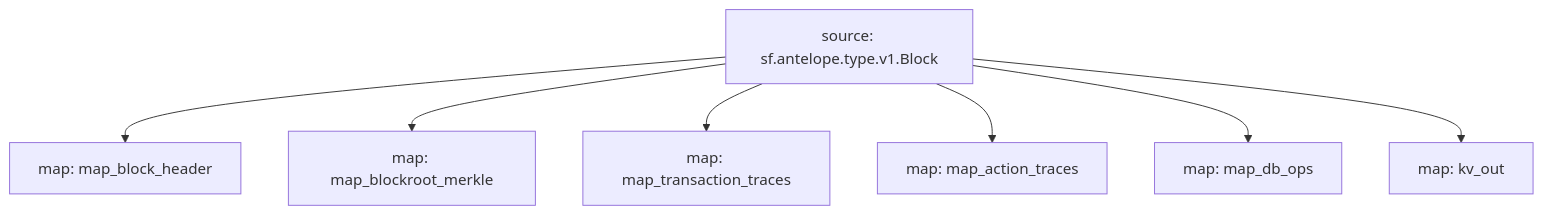
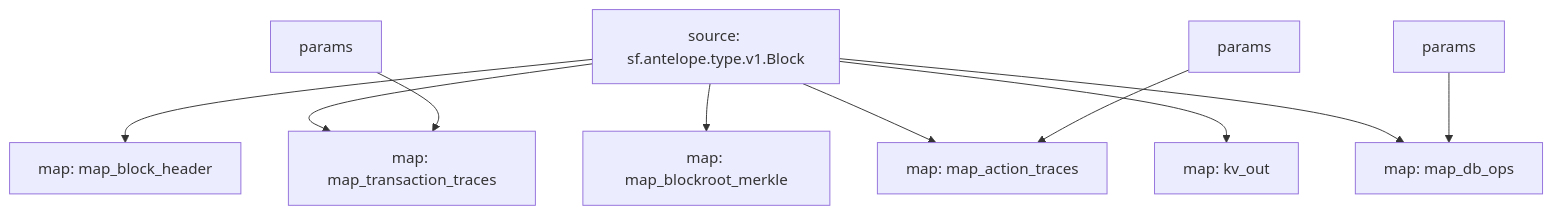
Before and after one commit to pinax-network/substreams: the diagram in common/README.md, drawn with Mermaid. The commit also changed other lines of this file and 6 other files, not shown here.

````diff
--- a/common/README.md
+++ b/common/README.md
@@ -21,15 +36,18 @@
 ```mermaid
 graph TD;
   map_block_header[map: map_block_header];
   sf.antelope.type.v1.Block[source: sf.antelope.type.v1.Block] --> map_block_header;
   map_blockroot_merkle[map: map_blockroot_merkle];
   sf.antelope.type.v1.Block[source: sf.antelope.type.v1.Block] --> map_blockroot_merkle;
   map_transaction_traces[map: map_transaction_traces];
+  map_transaction_traces:params[params] --> map_transaction_traces;
   sf.antelope.type.v1.Block[source: sf.antelope.type.v1.Block] --> map_transaction_traces;
   map_action_traces[map: map_action_traces];
+  map_action_traces:params[params] --> map_action_traces;
   sf.antelope.type.v1.Block[source: sf.antelope.type.v1.Block] --> map_action_traces;
   map_db_ops[map: map_db_ops];
+  map_db_ops:params[params] --> map_db_ops;
   sf.antelope.type.v1.Block[source: sf.antelope.type.v1.Block] --> map_db_ops;
   kv_out[map: kv_out];
   sf.antelope.type.v1.Block[source: sf.antelope.type.v1.Block] --> kv_out;
 ```
````
